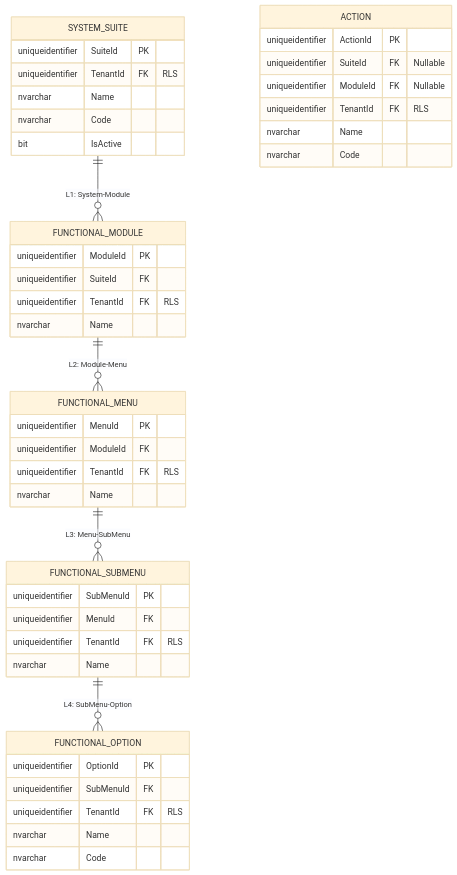
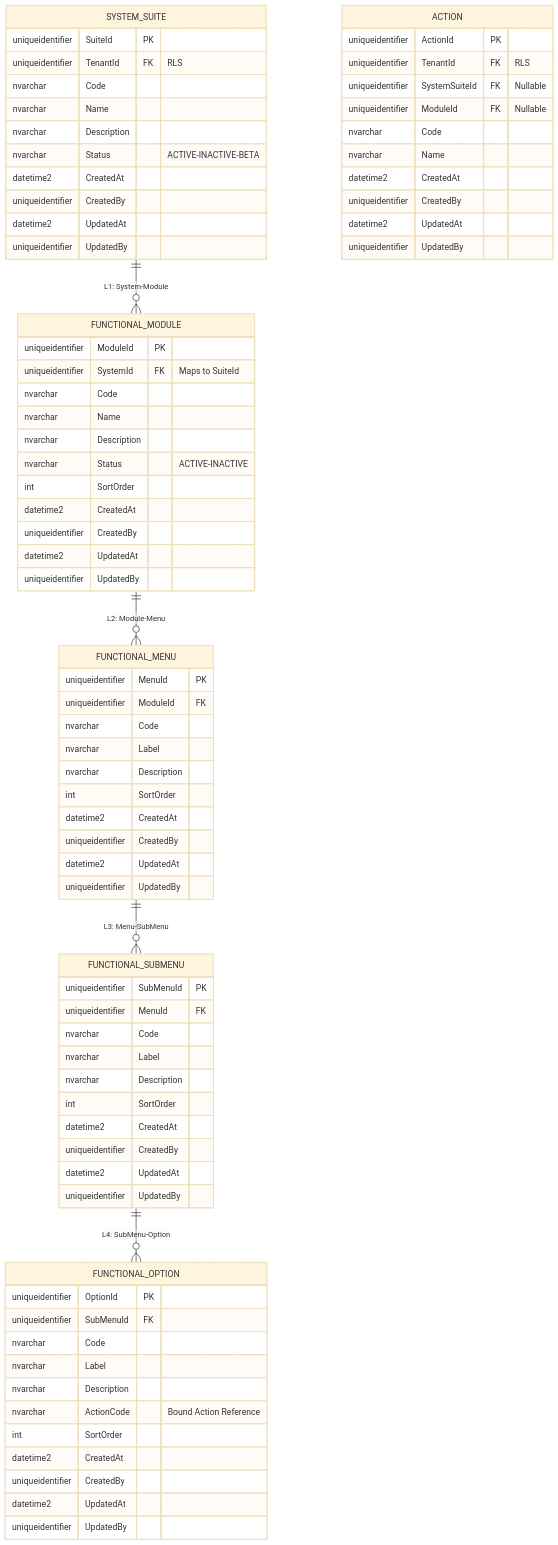
The third of 5 diagrams in docs/architecture/blueprints/database-design-er.md (beyondnetcode/ums), drawn with Mermaid (base theme) before and after one commit. The commit also changed other lines of this file and 1 other file, not shown here.

First line of the commit message:
docs(er-diagram): complete aggregate data models from domain Props

````diff
--- a/docs/architecture/blueprints/database-design-er.md
+++ b/docs/architecture/blueprints/database-design-er.md
@@ -150,46 +203,80 @@
     SYSTEM_SUITE {
         uniqueidentifier SuiteId PK
         uniqueidentifier TenantId FK "RLS"
+        nvarchar Code
         nvarchar Name
-        nvarchar Code
-        bit IsActive
+        nvarchar Description
+        nvarchar Status "ACTIVE-INACTIVE-BETA"
+        datetime2 CreatedAt
+        uniqueidentifier CreatedBy
+        datetime2 UpdatedAt
+        uniqueidentifier UpdatedBy
     }
 
     FUNCTIONAL_MODULE {
         uniqueidentifier ModuleId PK
-        uniqueidentifier SuiteId FK
-        uniqueidentifier TenantId FK "RLS"
+        uniqueidentifier SystemId FK "Maps to SuiteId"
+        nvarchar Code
         nvarchar Name
+        nvarchar Description
+        nvarchar Status "ACTIVE-INACTIVE"
+        int SortOrder
+        datetime2 CreatedAt
+        uniqueidentifier CreatedBy
+        datetime2 UpdatedAt
+        uniqueidentifier UpdatedBy
     }
-    
+
     FUNCTIONAL_MENU {
         uniqueidentifier MenuId PK
         uniqueidentifier ModuleId FK
-        uniqueidentifier TenantId FK "RLS"
-        nvarchar Name
+        nvarchar Code
+        nvarchar Label
+        nvarchar Description
+        int SortOrder
+        datetime2 CreatedAt
+        uniqueidentifier CreatedBy
+        datetime2 UpdatedAt
+        uniqueidentifier UpdatedBy
     }
 
     FUNCTIONAL_SUBMENU {
         uniqueidentifier SubMenuId PK
         uniqueidentifier MenuId FK
-        uniqueidentifier TenantId FK "RLS"
-        nvarchar Name
+        nvarchar Code
+        nvarchar Label
+        nvarchar Description
+        int SortOrder
+        datetime2 CreatedAt
+        uniqueidentifier CreatedBy
+        datetime2 UpdatedAt
+        uniqueidentifier UpdatedBy
     }
-    
+
     FUNCTIONAL_OPTION {
         uniqueidentifier OptionId PK
         uniqueidentifier SubMenuId FK
-        uniqueidentifier TenantId FK "RLS"
-        nvarchar Name
         nvarchar Code
+        nvarchar Label
+        nvarchar Description
+        nvarchar ActionCode "Bound Action Reference"
+        int SortOrder
+        datetime2 CreatedAt
+        uniqueidentifier CreatedBy
+        datetime2 UpdatedAt
+        uniqueidentifier UpdatedBy
     }
-    
+
     ACTION {
         uniqueidentifier ActionId PK
-        uniqueidentifier SuiteId FK "Nullable"
+        uniqueidentifier TenantId FK "RLS"
+        uniqueidentifier SystemSuiteId FK "Nullable"
         uniqueidentifier ModuleId FK "Nullable"
-        uniqueidentifier TenantId FK "RLS"
+        nvarchar Code
         nvarchar Name
-        nvarchar Code
+        datetime2 CreatedAt
+        uniqueidentifier CreatedBy
+        datetime2 UpdatedAt
+        uniqueidentifier UpdatedBy
     }
 ```
````
